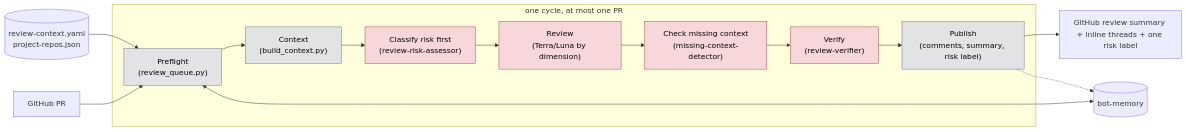
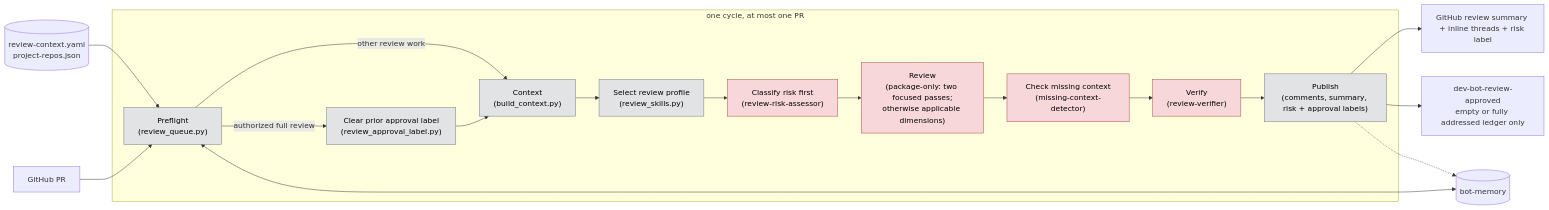
Before and after one commit to Hyperkid123/fabric-access-ai-dev: the first of 4 diagrams in instance/rbac-config-review/agent/workflows/review-only/WORKFLOW.md, drawn with Mermaid. The commit also changed other lines of this file and 9 other files, not shown here.

Commit message:
feat(review): add package upgrade review path

````diff
--- a/instance/rbac-config-review/agent/workflows/review-only/WORKFLOW.md
+++ b/instance/rbac-config-review/agent/workflows/review-only/WORKFLOW.md
@@ -28,21 +31,25 @@
 ```mermaid
 flowchart LR
     Config[("review-context.yaml<br/>project-repos.json")] --> A
     GH1["GitHub PR"] --> A
     Memory[("bot-memory")] <--> A
     subgraph Cycle["one cycle, at most one PR"]
-        A["Preflight<br/>(review_queue.py)"] --> B["Context<br/>(build_context.py)"]
-        B --> R["Classify risk first<br/>(review-risk-assessor)"]
-        R --> C["Review<br/>(Terra/Luna by dimension)"]
+        A["Preflight<br/>(review_queue.py)"] -->|authorized full review| X["Clear prior approval label<br/>(review_approval_label.py)"]
+        A -->|other review work| B["Context<br/>(build_context.py)"]
+        X --> B
+        B --> P["Select review profile<br/>(review_skills.py)"]
+        P --> R["Classify risk first<br/>(review-risk-assessor)"]
+        R --> C["Review<br/>(package-only: two focused passes;<br/>otherwise applicable dimensions)"]
         C --> M["Check missing context<br/>(missing-context-detector)"]
         M --> D["Verify<br/>(review-verifier)"]
-        D --> E["Publish<br/>(comments, summary, risk label)"]
+        D --> E["Publish<br/>(comments, summary, risk + approval labels)"]
     end
-    E --> GH2["GitHub review summary + inline threads + one risk label"]
+    E --> GH2["GitHub review summary + inline threads + risk label"]
+    E --> GH3["dev-bot-review-approved<br/>empty or fully addressed ledger only"]
     E -.-> Memory
 
     classDef script fill:#e2e3e5,stroke:#6c757d,color:#000;
     classDef ai fill:#f8d7da,stroke:#a94442,color:#000;
-    class A,B,E script;
+    class A,B,E,P,X script;
     class C,M,D,R ai;
 ```
````
